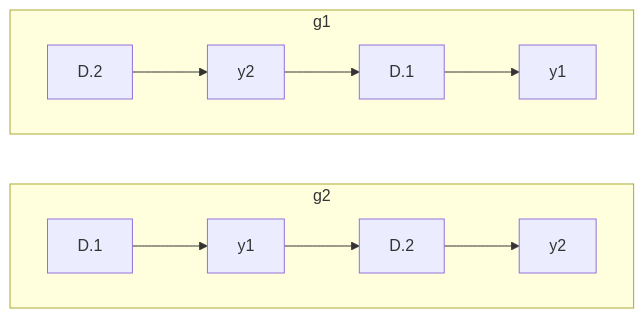
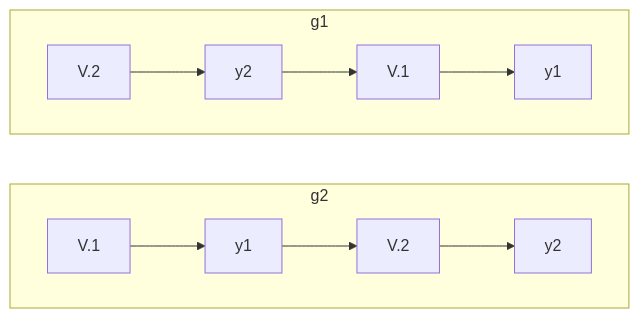
One commit to sebastiansauer/fopra changed the fourth of 4 diagrams in 900-Modellieren.qmd. Above: the diagram before and after it, drawn with Mermaid. The commit also changed other lines of this file and 100 other files, not shown here.

````diff
--- a/900-Modellieren.qmd
+++ b/900-Modellieren.qmd
@@ -631,13 +655,13 @@
 ```{mermaid}
 %%| label: fig-within2-flow
 %%| fig-cap: "Ablaufdiagramm für die Studie mit der Modellgleichung mit einem Within- und einem Between-Faktor"
 flowchart LR
   subgraph g2
     direction LR
-    D.1 --> y1 --> D.2 --> y2
+    V.1 --> y1 --> V.2 --> y2
   end
   subgraph g1
     direction LR
-    D2[D.2] --> y22[y2] --> D1[D.1] --> y11[y1] 
+    D2[V.2] --> y22[y2] --> D1[V.1] --> y11[y1] 
   end
 ```
````
